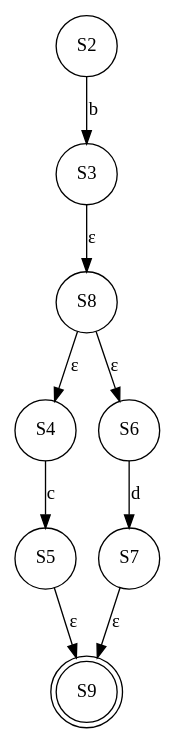
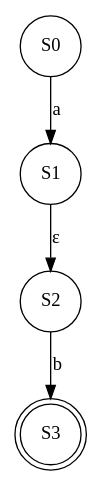
One commit to ZiadSheriif/AutoMajestic changed the diagram in output/nfa/nfa.gv. Above: the diagram before and after it, drawn with Graphviz. The commit also changed 30 other files, not shown here.

```diff
--- a/output/nfa/nfa.gv
+++ b/output/nfa/nfa.gv
@@ -1,18 +1,9 @@
 digraph {
+	S0 [shape=circle]
+	S0 -> S1 [label=a]
+	S1 [shape=circle]
+	S1 -> S2 [label="ε"]
 	S2 [shape=circle]
 	S2 -> S3 [label=b]
-	S3 [shape=circle]
-	S3 -> S8 [label="ε"]
-	S4 [shape=circle]
-	S4 -> S5 [label=c]
-	S5 [shape=circle]
-	S5 -> S9 [label="ε"]
-	S6 [shape=circle]
-	S6 -> S7 [label=d]
-	S7 [shape=circle]
-	S7 -> S9 [label="ε"]
-	S8 [shape=circle]
-	S8 -> S4 [label="ε"]
-	S8 -> S6 [label="ε"]
-	S9 [shape=doublecircle]
+	S3 [shape=doublecircle]
 }
```
